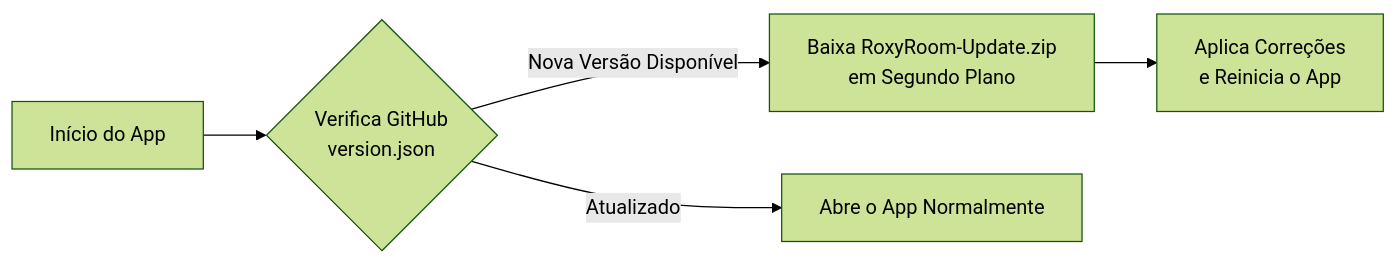
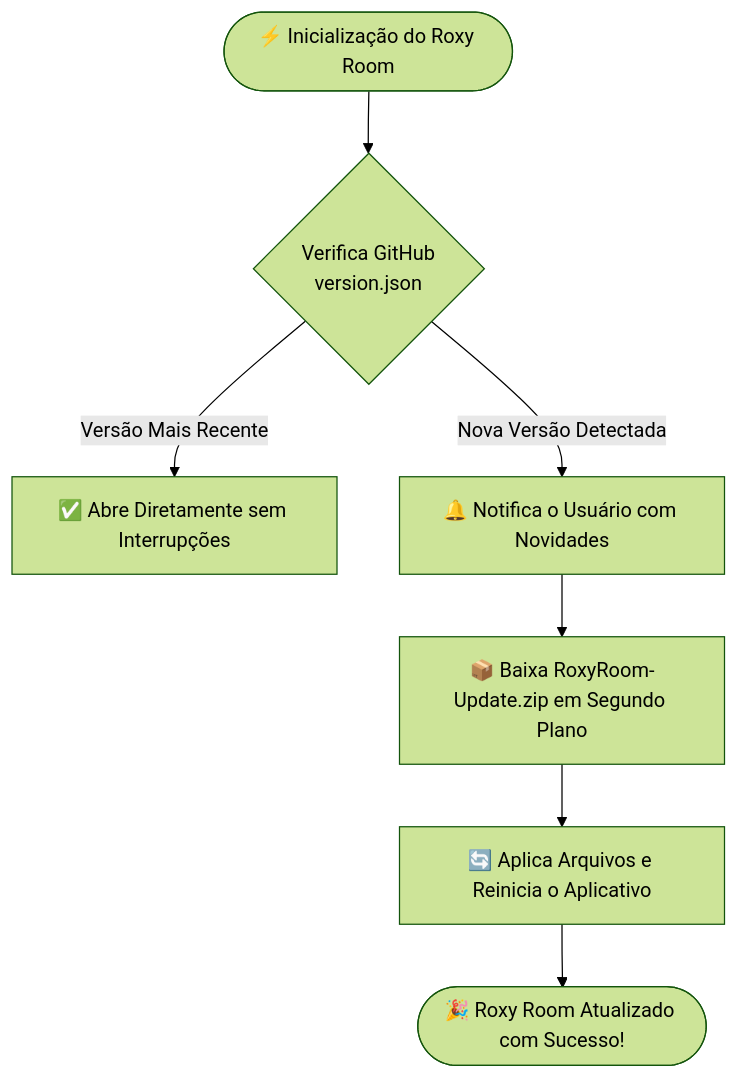
The second of 2 diagrams in README.md (mariocesarflore/Roxy-Room), drawn with Mermaid (forest theme) before and after one commit. The commit also changed other lines of this file and 1 other file, not shown here.

Commit message:
docs: enhance README with animated typing tagline, architecture diagrams, and license permissions matrix

````diff
--- a/README.md
+++ b/README.md
@@ -133,7 +181,9 @@
 ```mermaid
-flowchart LR
-    A[Início do App] --> B{Verifica GitHub\nversion.json}
-    B -- Nova Versão Disponível --> C[Baixa RoxyRoom-Update.zip\nem Segundo Plano]
-    C --> D[Aplica Correções\ne Reinicia o App]
-    B -- Atualizado --> E[Abre o App Normalmente]
+flowchart TD
+    Start(["⚡ Inicialização do Roxy Room"]) --> Check{"Verifica GitHub\nversion.json"}
+    Check -- "Versão Mais Recente" --> OK["✅ Abre Diretamente sem Interrupções"]
+    Check -- "Nova Versão Detectada" --> Notify["🔔 Notifica o Usuário com Novidades"]
+    Notify --> Download["📦 Baixa RoxyRoom-Update.zip em Segundo Plano"]
+    Download --> Apply["🔄 Aplica Arquivos e Reinicia o Aplicativo"]
+    Apply --> Done(["🎉 Roxy Room Atualizado com Sucesso!"])
 ```
````
